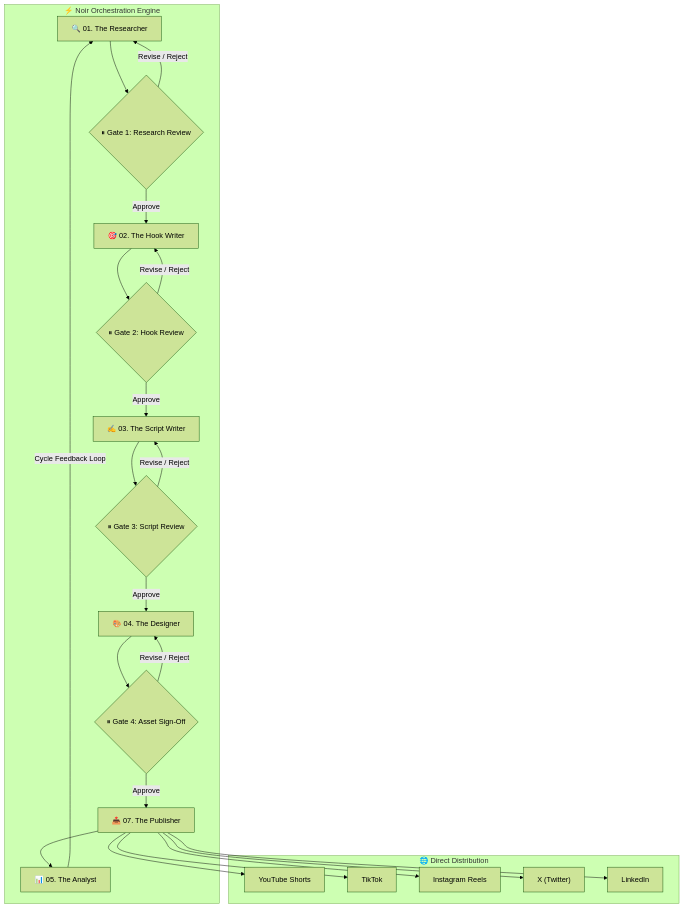
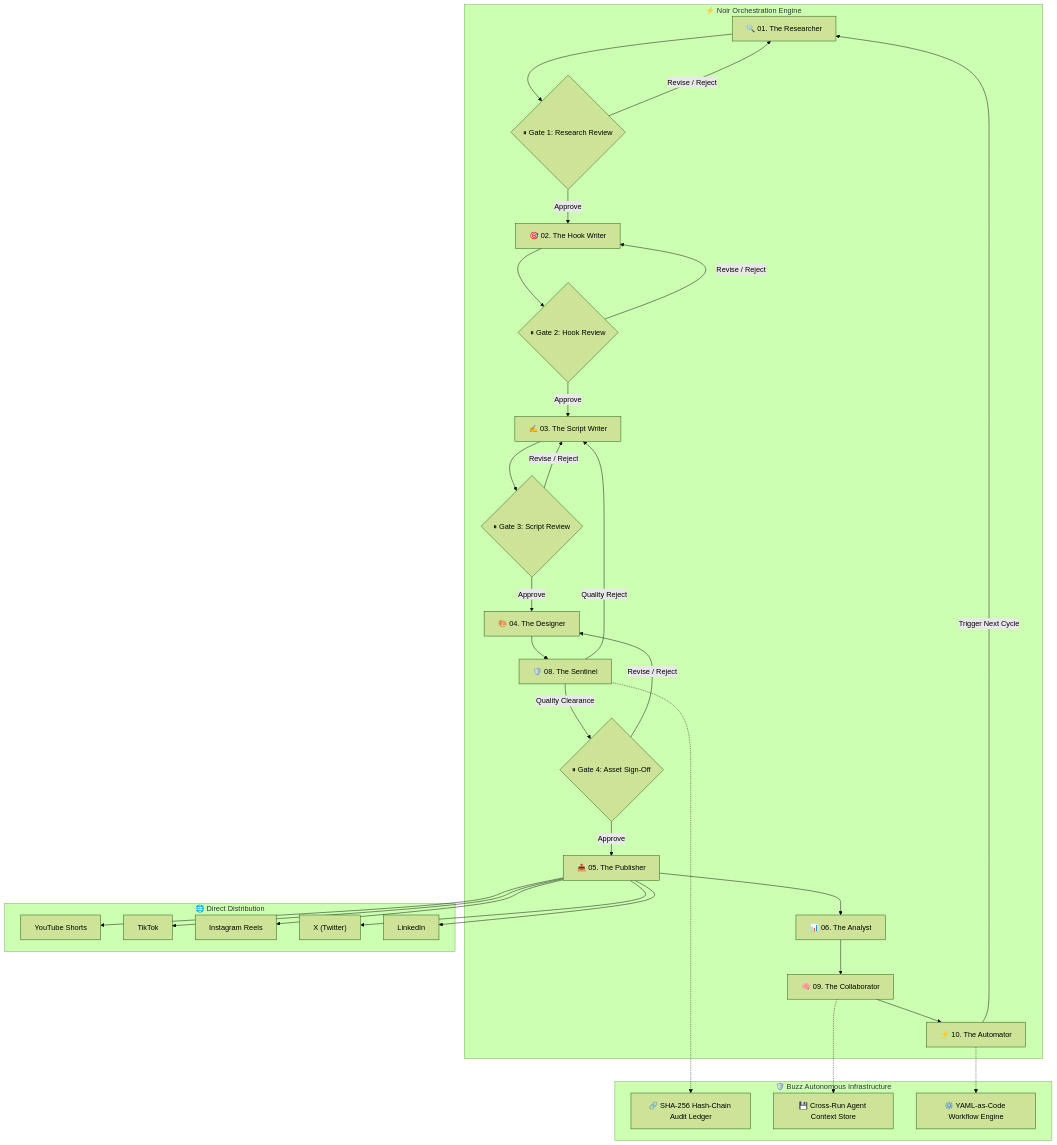
The diagram in README.md (PushkarX10/Noir-Vortex), drawn with Mermaid (forest theme) before and after one commit. The commit also changed other lines of this file and 14 other files, not shown here.

Commit message:
feat(buzz-integration): Integrate Buzz autonomous agents (Sentinel, Collaborator, Automator), cryptographic hash-chain audit ledger, context store & update modern High-Tech Dark Mode UI

````diff
--- a/README.md
+++ b/README.md
@@ -36,31 +38,45 @@
 ```mermaid
 flowchart TD
-    subgraph Engine ["⚡ Noir Orchestration Engine"]
+    subgraph CoreEngine ["⚡ Noir Orchestration Engine"]
         A01["🔍 01. The Researcher"] --> G1{"⏸ Gate 1: Research Review"}
         G1 -->|Approve| A02["🎯 02. The Hook Writer"]
         G1 -->|Revise / Reject| A01
         
         A02 --> G2{"⏸ Gate 2: Hook Review"}
         G2 -->|Approve| A03["✍️ 03. The Script Writer"]
         G2 -->|Revise / Reject| A02
         
         A03 --> G3{"⏸ Gate 3: Script Review"}
         G3 -->|Approve| A04["🎨 04. The Designer"]
         G3 -->|Revise / Reject| A03
         
-        A04 --> G4{"⏸ Gate 4: Asset Sign-Off"}
-        G4 -->|Approve| A07["📤 07. The Publisher"]
+        A04 --> A08["🛡️ 08. The Sentinel"]
+        A08 -->|Quality Clearance| G4{"⏸ Gate 4: Asset Sign-Off"}
+        A08 -->|Quality Reject| A03
+        G4 -->|Approve| A05["📤 05. The Publisher"]
         G4 -->|Revise / Reject| A04
         
-        A07 --> A05["📊 05. The Analyst"]
-        A05 -->|Cycle Feedback Loop| A01
+        A05 --> A06["📊 06. The Analyst"]
+        A06 --> A09["🧠 09. The Collaborator"]
+        A09 --> A10["⚡ 10. The Automator"]
+        A10 -->|Trigger Next Cycle| A01
     end
 
+    subgraph BuzzLayer ["🛡️ Buzz Autonomous Infrastructure"]
+        Audit["🔗 SHA-256 Hash-Chain Audit Ledger"]
+        Context["💾 Cross-Run Agent Context Store"]
+        Workflows["⚙️ YAML-as-Code Workflow Engine"]
+    end
+
+    A08 -.-> Audit
+    A09 -.-> Context
+    A10 -.-> Workflows
+
     subgraph Channels ["🌐 Direct Distribution"]
-        A07 --> YT["YouTube Shorts"]
-        A07 --> TT["TikTok"]
-        A07 --> IG["Instagram Reels"]
-        A07 --> X["X (Twitter)"]
-        A07 --> LI["LinkedIn"]
+        A05 --> YT["YouTube Shorts"]
+        A05 --> TT["TikTok"]
+        A05 --> IG["Instagram Reels"]
+        A05 --> X["X (Twitter)"]
+        A05 --> LI["LinkedIn"]
     end
 ```
````
